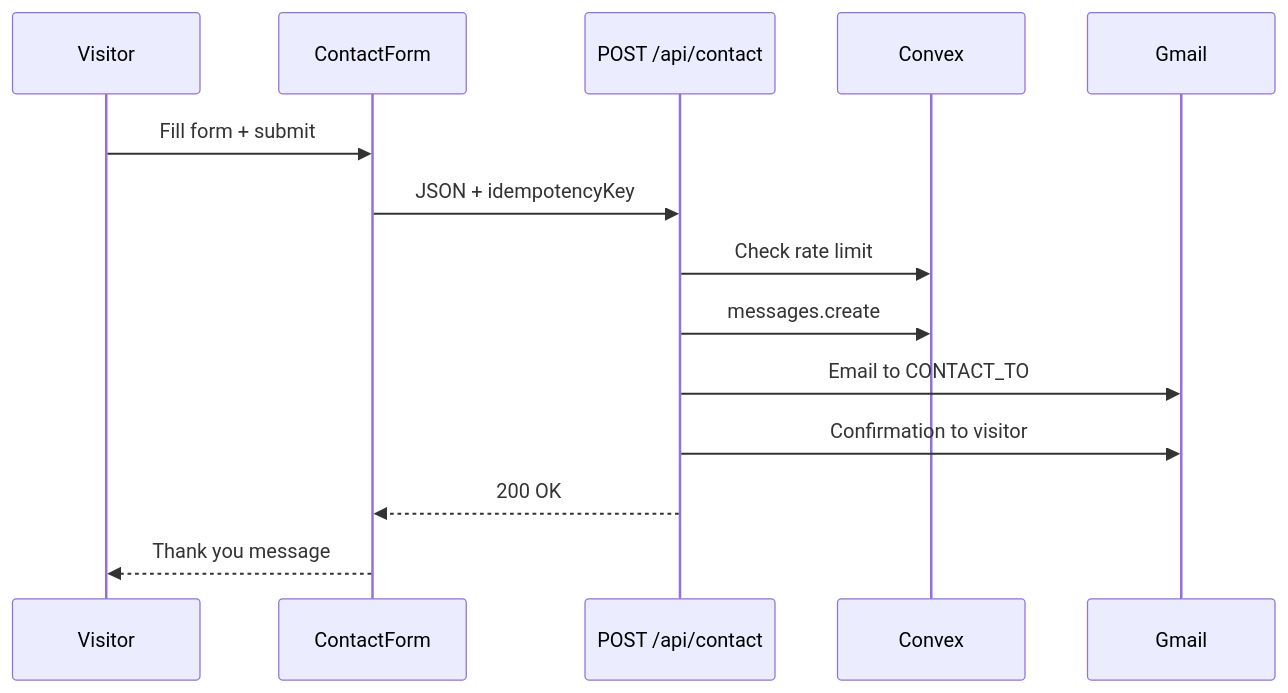
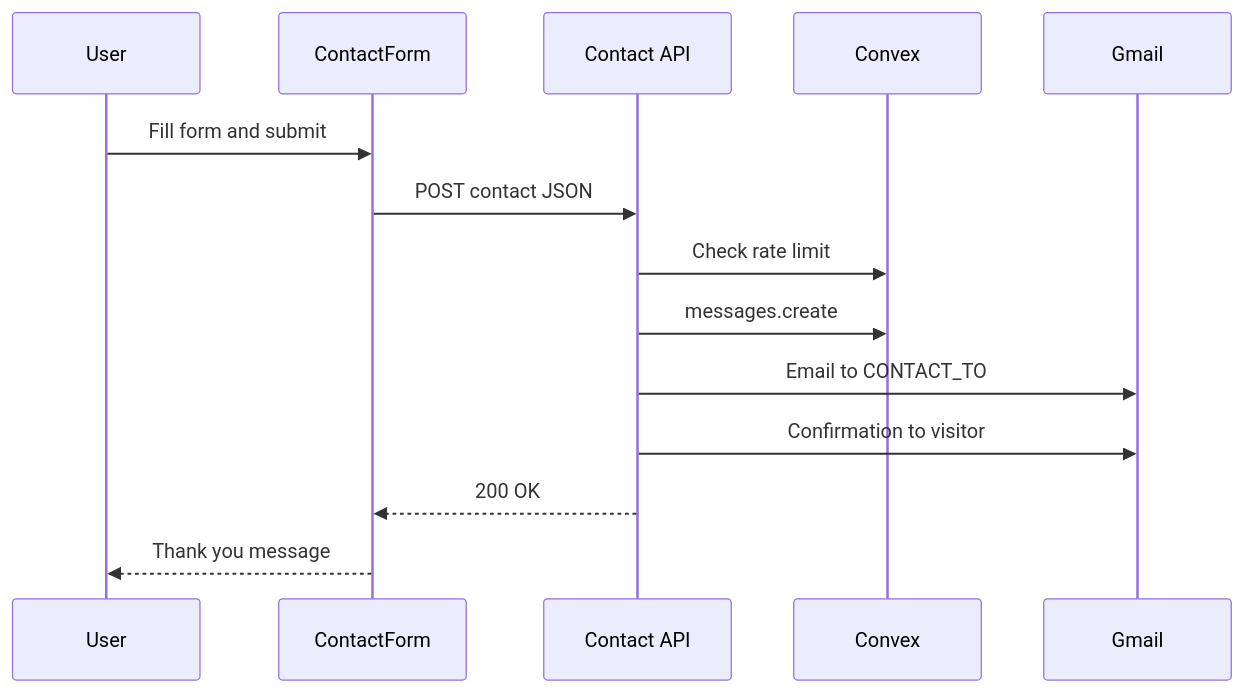
One commit to mawlid1431/Portfolio changed the fifth of 15 diagrams in README.md. Above: the diagram before and after it, drawn with Mermaid. The commit also changed other lines of this file, not shown here.

````diff
--- a/README.md
+++ b/README.md
@@ -375,17 +393,17 @@
 ```mermaid
 sequenceDiagram
-  participant U as Visitor
+  participant U as User
   participant F as ContactForm
-  participant API as POST /api/contact
+  participant API as Contact API
   participant C as Convex
   participant E as Gmail
 
-  U->>F: Fill form + submit
-  F->>API: JSON + idempotencyKey
+  U->>F: Fill form and submit
+  F->>API: POST contact JSON
   API->>C: Check rate limit
   API->>C: messages.create
   API->>E: Email to CONTACT_TO
   API->>E: Confirmation to visitor
   API-->>F: 200 OK
   F-->>U: Thank you message
 ```
````
